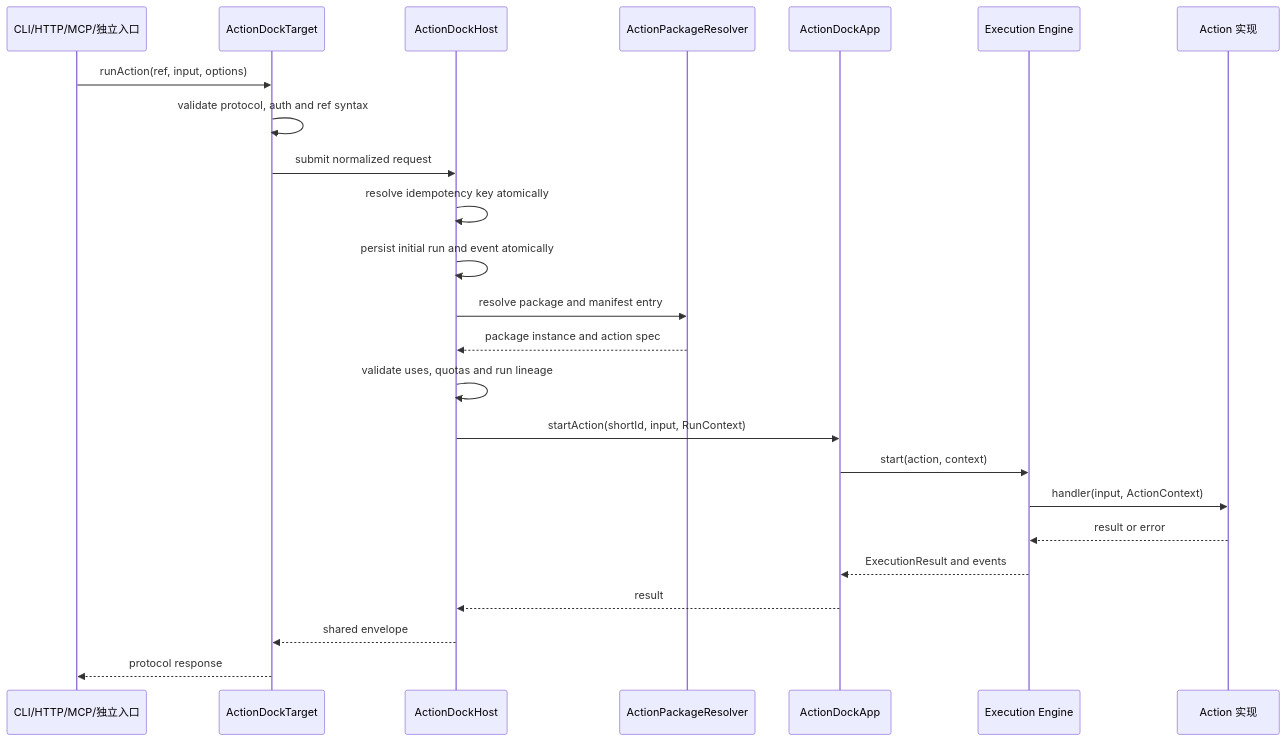
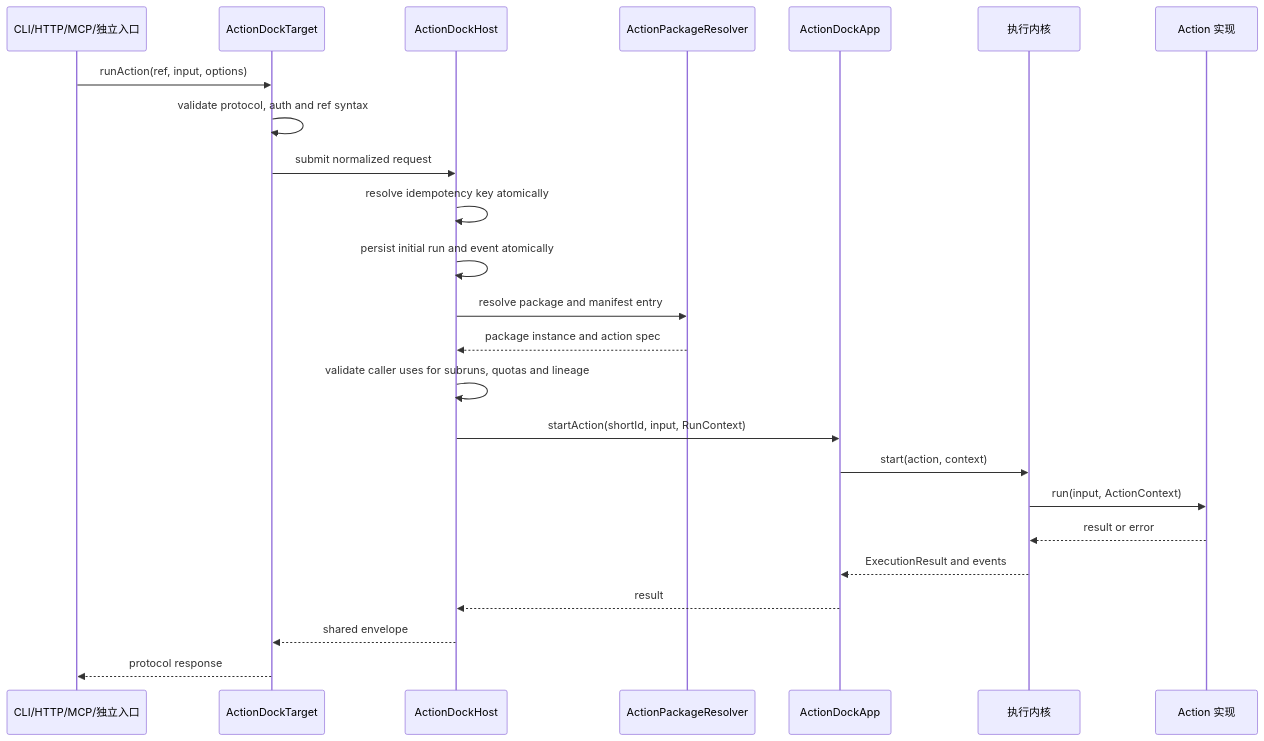
Before and after one commit to team4u/actiondock: the second of 3 diagrams in docs/architecture/20260909 ActionDock 2.0 重构设计文档.md, drawn with Mermaid. The commit also changed other lines of this file and 25 other files, not shown here.

````diff
--- a/docs/architecture/20260909 ActionDock 2.0 重构设计文档.md
+++ b/docs/architecture/20260909 ActionDock 2.0 重构设计文档.md
@@ -259,27 +262,27 @@
 ```mermaid
 sequenceDiagram
   participant Caller as CLI/HTTP/MCP/独立入口
   participant Target as ActionDockTarget
   participant Host as ActionDockHost
   participant Resolver as ActionPackageResolver
   participant App as ActionDockApp
-  participant Engine as Execution Engine
+  participant Engine as 执行内核
   participant Action as Action 实现
 
   Caller->>Target: runAction(ref, input, options)
   Target->>Target: validate protocol, auth and ref syntax
   Target->>Host: submit normalized request
   Host->>Host: resolve idempotency key atomically
   Host->>Host: persist initial run and event atomically
   Host->>Resolver: resolve package and manifest entry
   Resolver-->>Host: package instance and action spec
-  Host->>Host: validate uses, quotas and run lineage
+  Host->>Host: validate caller uses for subruns, quotas and lineage
   Host->>App: startAction(shortId, input, RunContext)
   App->>Engine: start(action, context)
-  Engine->>Action: handler(input, ActionContext)
+  Engine->>Action: run(input, ActionContext)
   Action-->>Engine: result or error
   Engine-->>App: ExecutionResult and events
   App-->>Host: result
   Host-->>Target: shared envelope
   Target-->>Caller: protocol response
 ```
````
